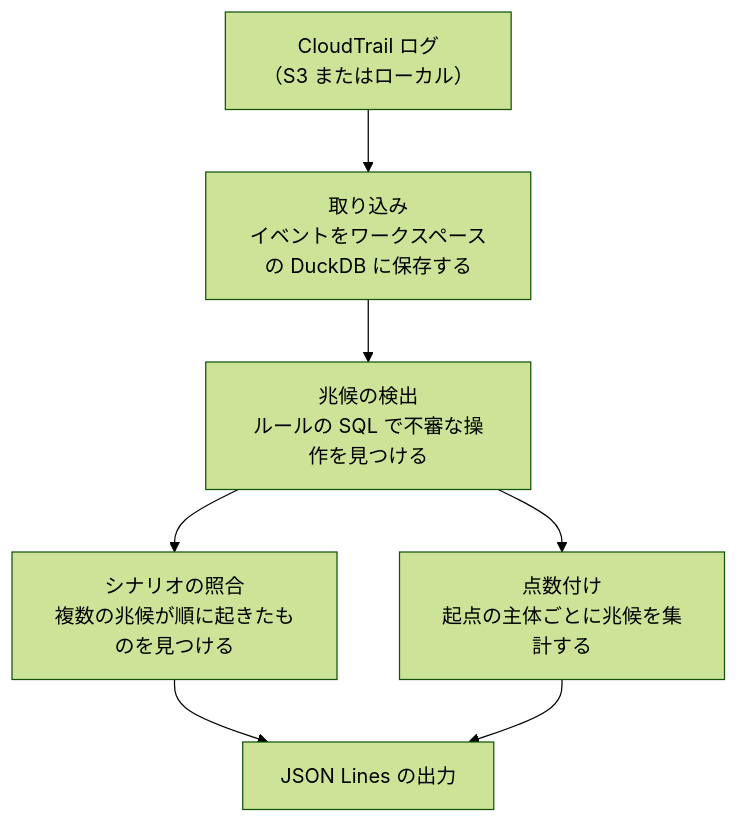
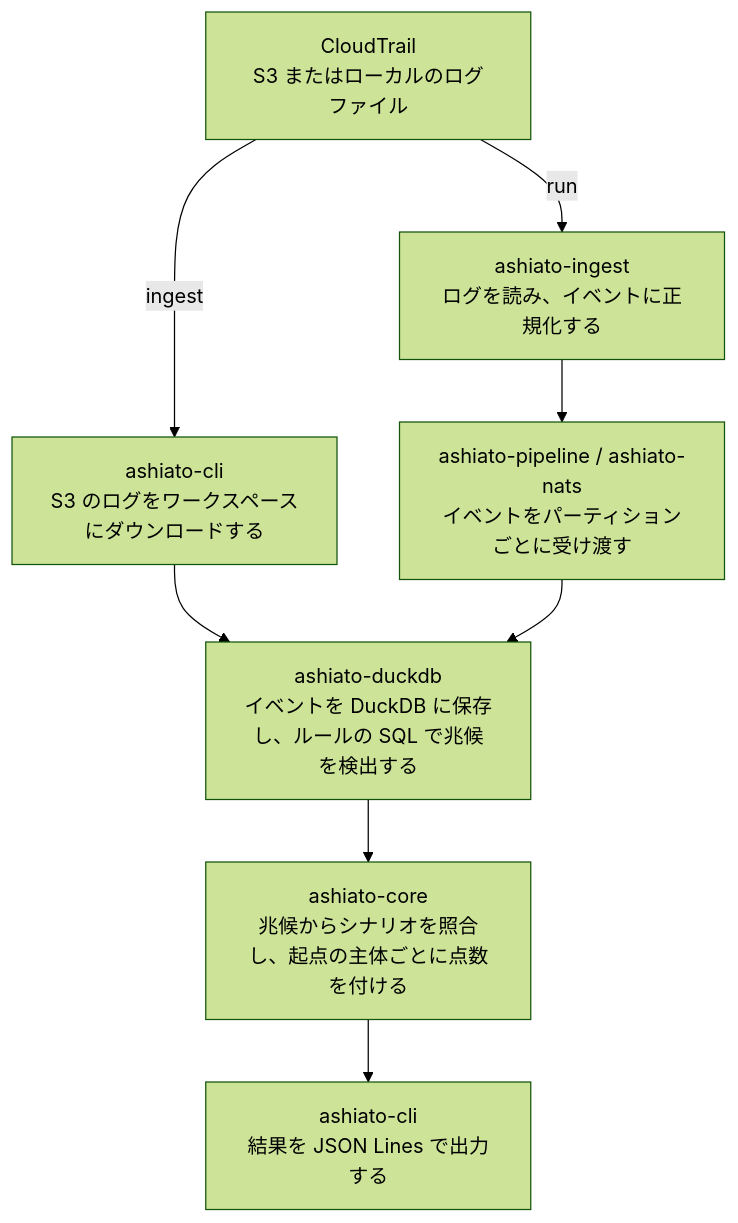
One commit to donkomura/ashiato changed the diagram in README.md. Above: the diagram before and after it, drawn with Mermaid (forest theme). The commit also changed other lines of this file, not shown here.

Commit message:
docs: README の処理の流れをコンポーネントの経路の図にし、参考資料とライセンスの節を削除して、リンクを本文の初出の箇所に埋め込む

````diff
--- a/README.md
+++ b/README.md
@@ -54,13 +54,14 @@
 ```mermaid
 flowchart TD
-    logs["CloudTrail ログ<br/>（S3 またはローカル）"]
-    ingest["取り込み<br/>イベントをワークスペースの DuckDB に保存する"]
-    signals["兆候の検出<br/>ルールの SQL で不審な操作を見つける"]
-    scenarios["シナリオの照合<br/>複数の兆候が順に起きたものを見つける"]
-    scores["点数付け<br/>起点の主体ごとに兆候を集計する"]
-    output["JSON Lines の出力"]
+    cloudtrail["CloudTrail<br/>S3 またはローカルのログファイル"]
+    cli_ingest["ashiato-cli<br/>S3 のログをワークスペースにダウンロードする"]
+    ingest["ashiato-ingest<br/>ログを読み、イベントに正規化する"]
+    transport["ashiato-pipeline / ashiato-nats<br/>イベントをパーティションごとに受け渡す"]
+    duckdb["ashiato-duckdb<br/>イベントを DuckDB に保存し、ルールの SQL で兆候を検出する"]
+    core["ashiato-core<br/>兆候からシナリオを照合し、起点の主体ごとに点数を付ける"]
+    output["ashiato-cli<br/>結果を JSON Lines で出力する"]
 
-    logs --> ingest --> signals
-    signals --> scenarios --> output
-    signals --> scores --> output
+    cloudtrail -->|ingest| cli_ingest --> duckdb
+    cloudtrail -->|run| ingest --> transport --> duckdb
+    duckdb --> core --> output
 ```
````
